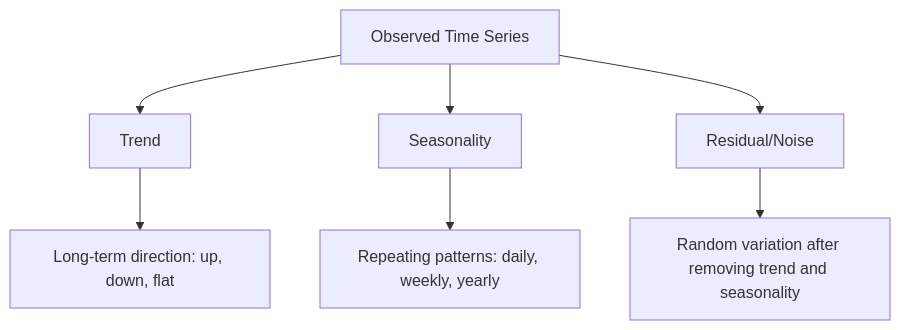
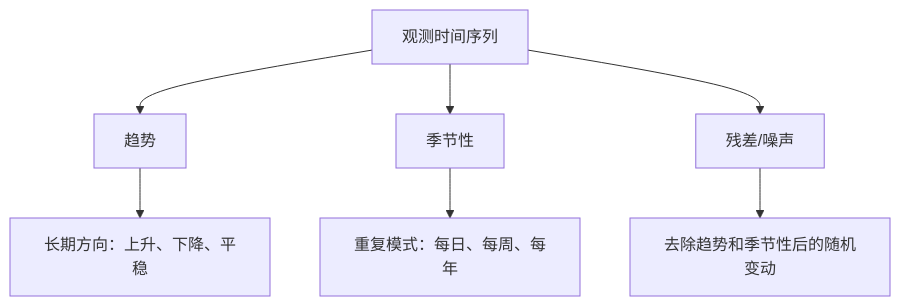
One commit to guangningsun/ailearning changed the second of 3 diagrams in lessons/02-ml-fundamentals/15-time-series/docs/zh.md. Above: the diagram before and after it, drawn with Mermaid. The commit also changed other lines of this file and 53 other files, not shown here.

````diff
--- a/lessons/02-ml-fundamentals/15-time-series/docs/zh.md
+++ b/lessons/02-ml-fundamentals/15-time-series/docs/zh.md
@@ -69,10 +69,10 @@
 ```mermaid
 flowchart TD
-    A[Observed Time Series] --> B[Trend]
-    A --> C[Seasonality]
-    A --> D[Residual/Noise]
+    A[观测时间序列] --> B[趋势]
+    A --> C[季节性]
+    A --> D[残差/噪声]
 
-    B --> E[Long-term direction: up, down, flat]
-    C --> F[Repeating patterns: daily, weekly, yearly]
-    D --> G[Random variation after removing trend and seasonality]
+    B --> E[长期方向：上升、下降、平稳]
+    C --> F[重复模式：每日、每周、每年]
+    D --> G[去除趋势和季节性后的随机变动]
 ```
````
